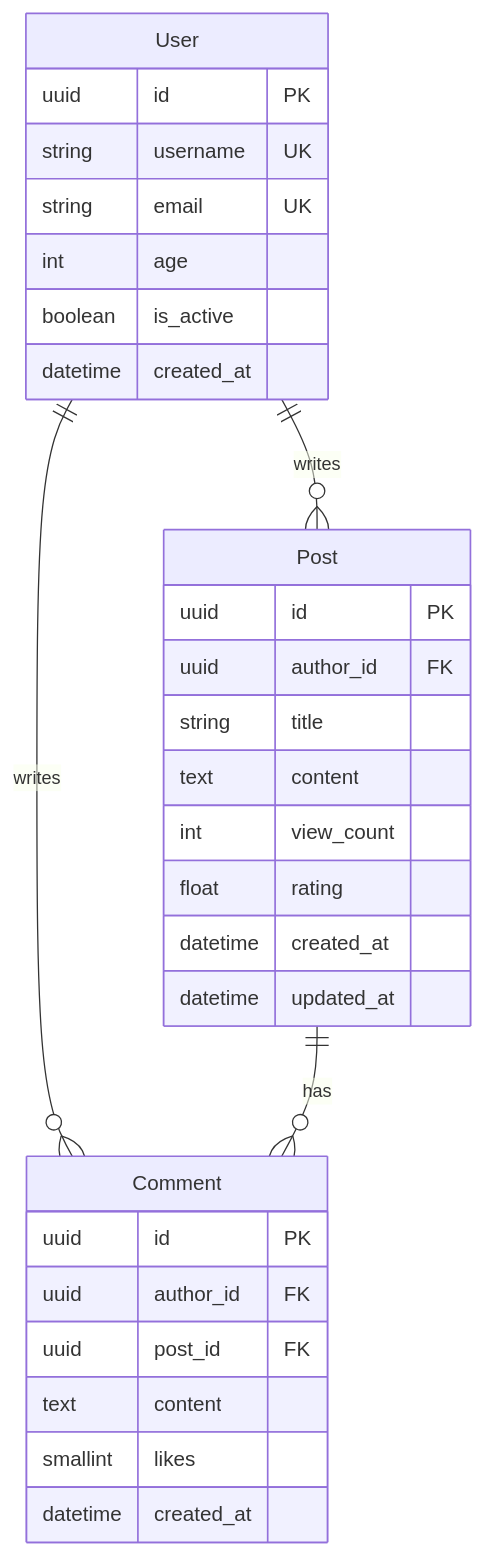
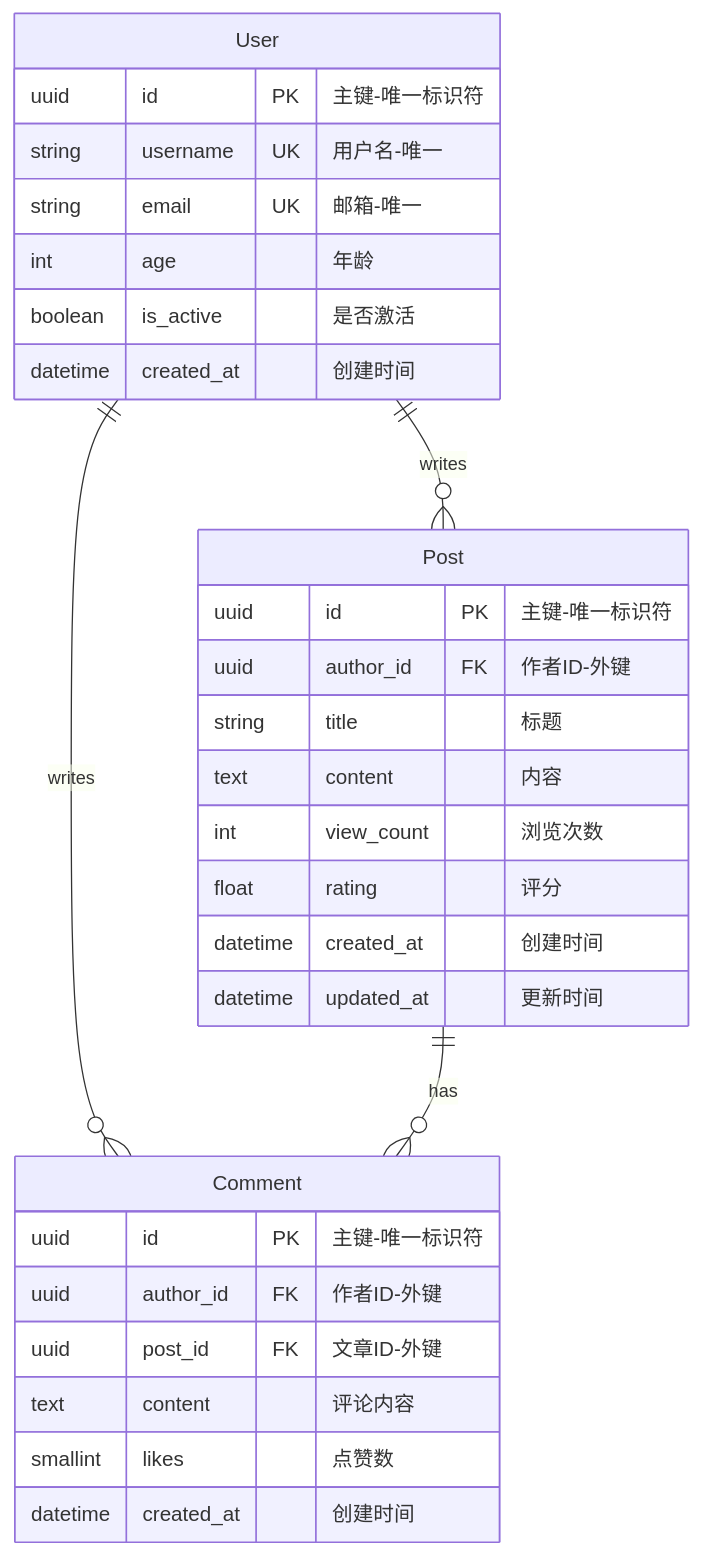
One commit to x007007007/er-generate-model changed the diagram in examples/blog_v4.mmd. Above: the diagram before and after it, drawn with Mermaid. The commit also changed 30 other files, not shown here.

```diff
--- a/examples/blog_v4.mmd
+++ b/examples/blog_v4.mmd
@@ -1,33 +1,33 @@
 erDiagram
     User ||--o{ Post : writes
     User ||--o{ Comment : writes
     Post ||--o{ Comment : has
     
     User {
-        uuid id PK
-        string username UK
-        string email UK
-        int age
-        boolean is_active
-        datetime created_at
+        uuid id PK "主键-唯一标识符"
+        string username UK "用户名-唯一"
+        string email UK "邮箱-唯一"
+        int age "年龄"
+        boolean is_active "是否激活"
+        datetime created_at "创建时间"
     }
     
     Post {
-        uuid id PK
-        uuid author_id FK
-        string title
-        text content
-        int view_count
-        float rating
-        datetime created_at
-        datetime updated_at
+        uuid id PK "主键-唯一标识符"
+        uuid author_id FK "作者ID-外键"
+        string title "标题"
+        text content "内容"
+        int view_count "浏览次数"
+        float rating "评分"
+        datetime created_at "创建时间"
+        datetime updated_at "更新时间"
     }
     
     Comment {
-        uuid id PK
-        uuid author_id FK
-        uuid post_id FK
-        text content
-        smallint likes
-        datetime created_at
+        uuid id PK "主键-唯一标识符"
+        uuid author_id FK "作者ID-外键"
+        uuid post_id FK "文章ID-外键"
+        text content "评论内容"
+        smallint likes "点赞数"
+        datetime created_at "创建时间"
     }
```
